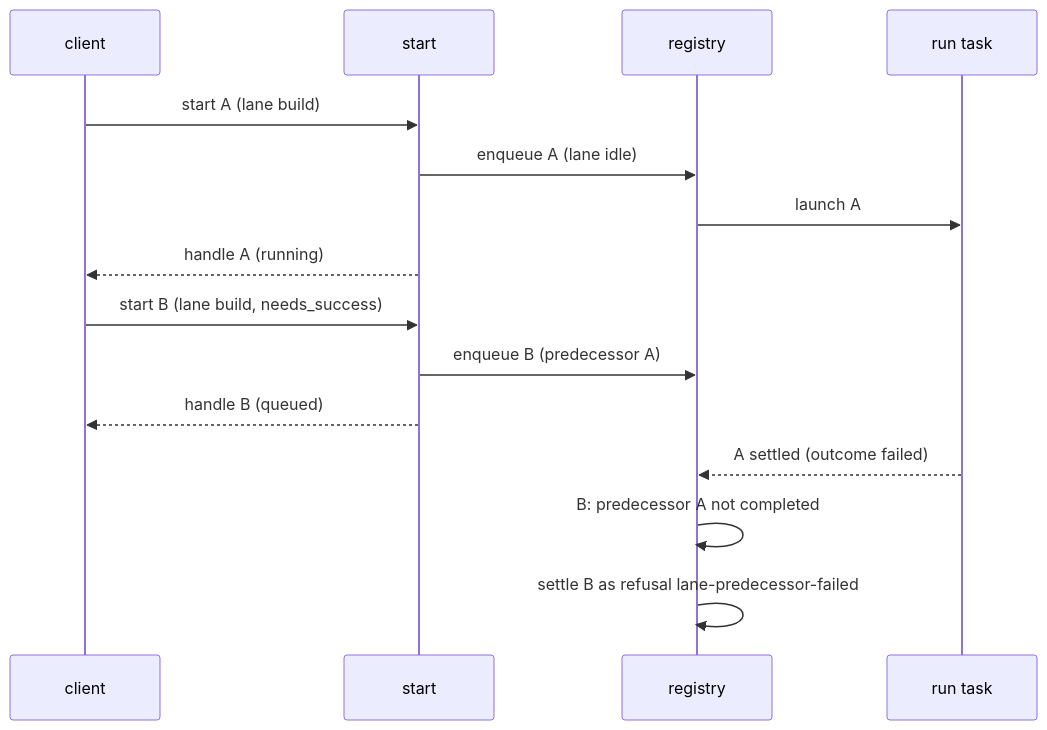
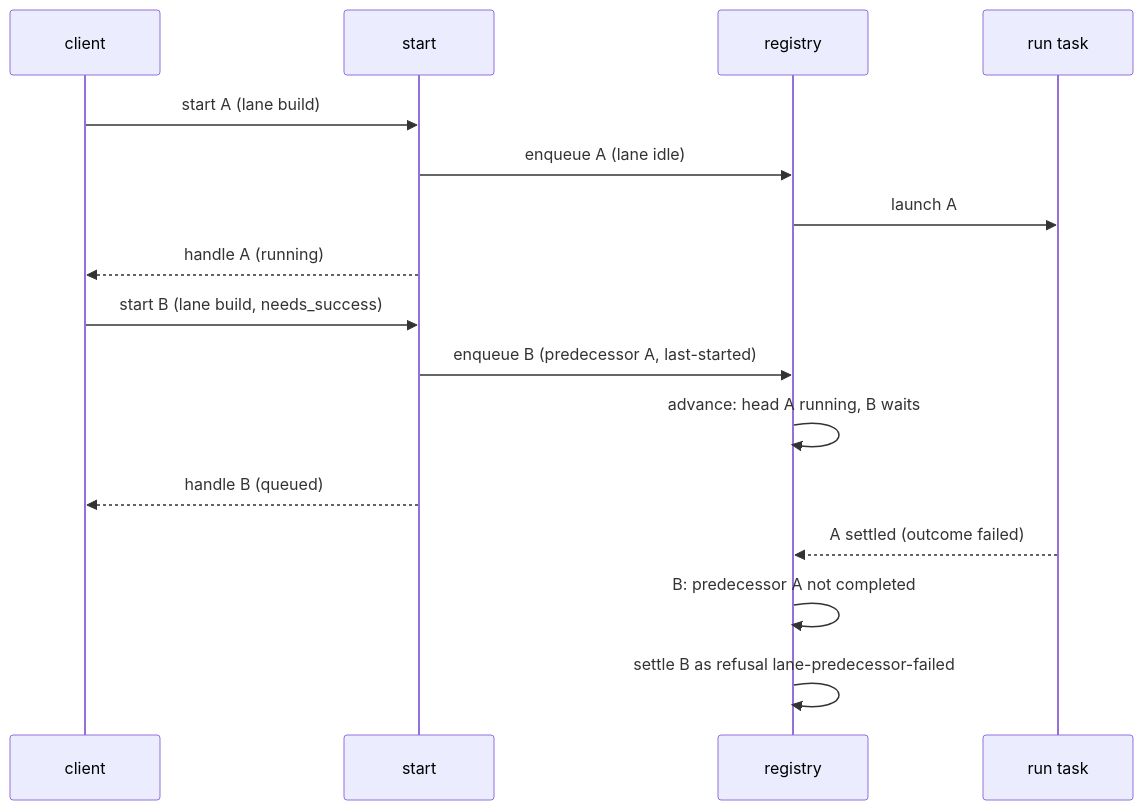
The fourth of 6 diagrams in .doctrine/slice/004/design.md (davidlee/quotient), drawn with Mermaid before and after one commit. The commit also changed other lines of this file and 14 other files, not shown here.

````diff
--- a/.doctrine/slice/004/design.md
+++ b/.doctrine/slice/004/design.md
@@ -444,17 +457,18 @@
 ```mermaid
 sequenceDiagram
   participant C as client
   participant S as start
   participant R as registry
   participant T as run task
   C->>S: start A (lane build)
   S->>R: enqueue A (lane idle)
   R->>T: launch A
   S-->>C: handle A (running)
   C->>S: start B (lane build, needs_success)
-  S->>R: enqueue B (predecessor A)
+  S->>R: enqueue B (predecessor A, last-started)
+  R->>R: advance: head A running, B waits
   S-->>C: handle B (queued)
   T-->>R: A settled (outcome failed)
   R->>R: B: predecessor A not completed
   R->>R: settle B as refusal lane-predecessor-failed
 ```
````
